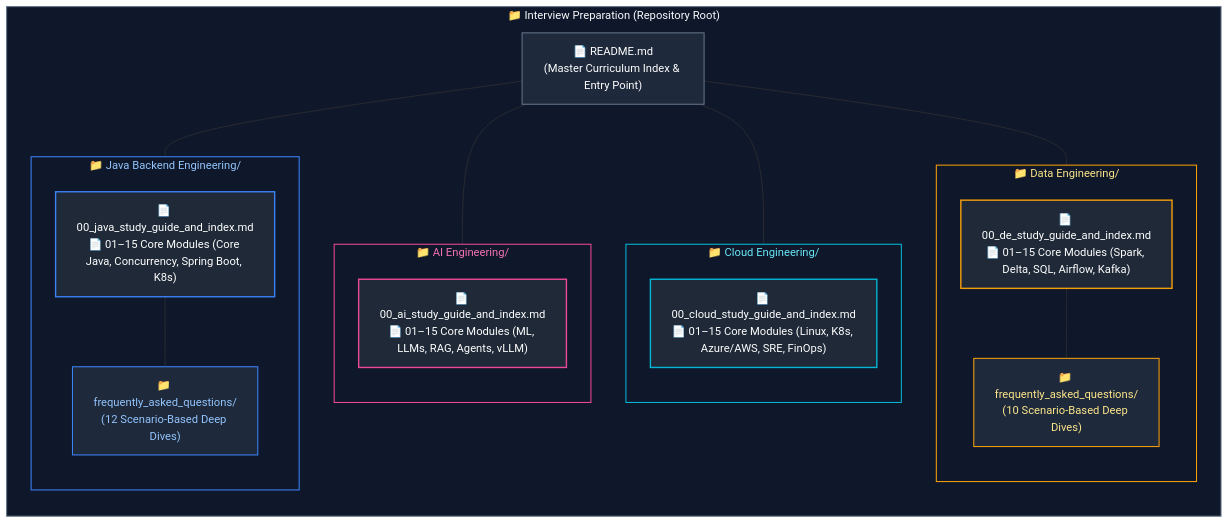
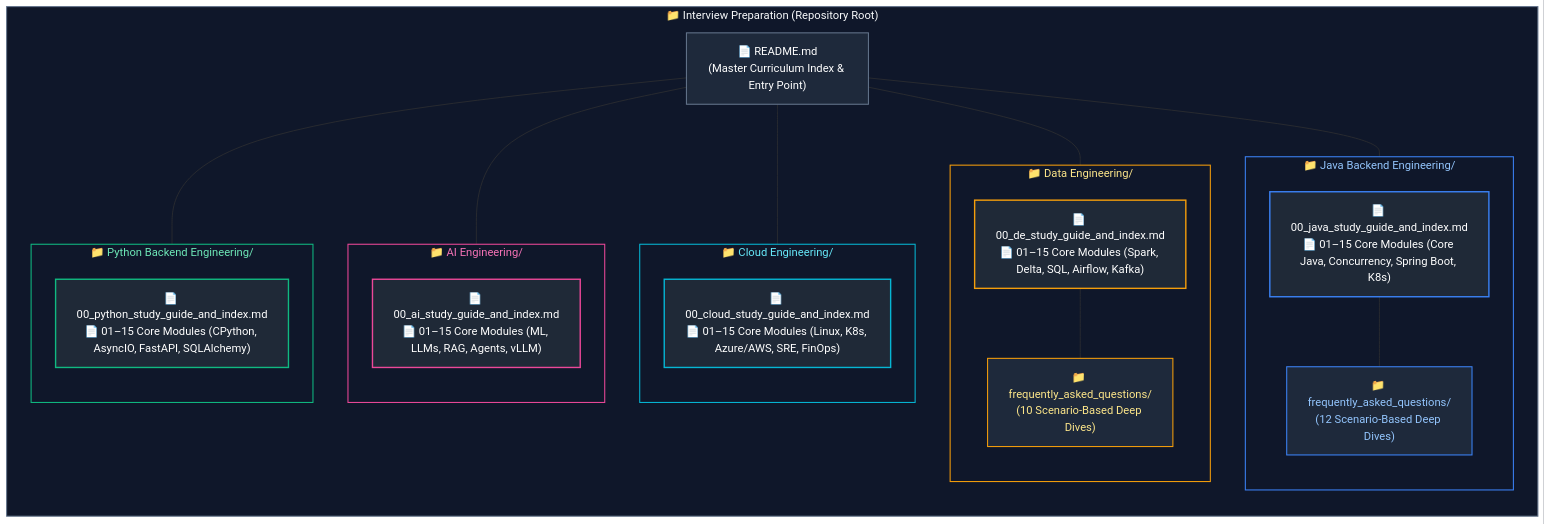
The diagram in README.md (joydeep-biswas/Interview-Preparation), drawn with Mermaid before and after one commit. The commit also changed other lines of this file and 143 other files, not shown here.

````diff
--- a/README.md
+++ b/README.md
@@ -58,49 +69,57 @@
 ```mermaid
 flowchart TD
     subgraph RepoRoot ["📁 Interview Preparation (Repository Root)"]
         direction TB
         Readme["📄 README.md<br/>(Master Curriculum Index & Entry Point)"]
         
         subgraph AI_Track ["📁 AI Engineering/"]
             direction TB
             AI_Core["📄 00_ai_study_guide_and_index.md<br/>📄 01–15 Core Modules (ML, LLMs, RAG, Agents, vLLM)"]
         end
 
         subgraph Cloud_Track ["📁 Cloud Engineering/"]
             direction TB
             Cloud_Core["📄 00_cloud_study_guide_and_index.md<br/>📄 01–15 Core Modules (Linux, K8s, Azure/AWS, SRE, FinOps)"]
         end
 
         subgraph Data_Track ["📁 Data Engineering/"]
             direction TB
             Data_Core["📄 00_de_study_guide_and_index.md<br/>📄 01–15 Core Modules (Spark, Delta, SQL, Airflow, Kafka)"]
             Data_FAQ["📁 frequently_asked_questions/<br/>(10 Scenario-Based Deep Dives)"]
             Data_Core --- Data_FAQ
         end
 
         subgraph Java_Track ["📁 Java Backend Engineering/"]
             direction TB
             Java_Core["📄 00_java_study_guide_and_index.md<br/>📄 01–15 Core Modules (Core Java, Concurrency, Spring Boot, K8s)"]
             Java_FAQ["📁 frequently_asked_questions/<br/>(12 Scenario-Based Deep Dives)"]
             Java_Core --- Java_FAQ
         end
+
+        subgraph Python_Track ["📁 Python Backend Engineering/"]
+            direction TB
+            Python_Core["📄 00_python_study_guide_and_index.md<br/>📄 01–15 Core Modules (CPython, AsyncIO, FastAPI, SQLAlchemy)"]
+        end
     end
 
     Readme --- AI_Track
     Readme --- Cloud_Track
     Readme --- Data_Track
     Readme --- Java_Track
+    Readme --- Python_Track
 
     style RepoRoot fill:#0f172a,stroke:#64748b,stroke-width:1.5px,color:#f8fafc
     style Readme fill:#1e293b,stroke:#64748b,stroke-width:1.5px,color:#ffffff
     style AI_Track fill:#0f172a,stroke:#ec4899,stroke-width:1.5px,color:#f472b6
     style AI_Core fill:#1f2937,stroke:#ec4899,stroke-width:2px,color:#ffffff
     style Cloud_Track fill:#0f172a,stroke:#06b6d4,stroke-width:1.5px,color:#67e8f9
     style Cloud_Core fill:#1f2937,stroke:#06b6d4,stroke-width:2px,color:#ffffff
     style Data_Track fill:#0f172a,stroke:#f59e0b,stroke-width:1.5px,color:#fde68a
     style Data_Core fill:#1f2937,stroke:#f59e0b,stroke-width:2px,color:#ffffff
     style Data_FAQ fill:#1e293b,stroke:#f59e0b,stroke-width:1.5px,color:#fde68a
     style Java_Track fill:#0f172a,stroke:#3b82f6,stroke-width:1.5px,color:#93c5fd
     style Java_Core fill:#1f2937,stroke:#3b82f6,stroke-width:2px,color:#ffffff
     style Java_FAQ fill:#1e293b,stroke:#3b82f6,stroke-width:1.5px,color:#93c5fd
+    style Python_Track fill:#0f172a,stroke:#10b981,stroke-width:1.5px,color:#6ee7b7
+    style Python_Core fill:#1f2937,stroke:#10b981,stroke-width:2px,color:#ffffff
 ```
````
